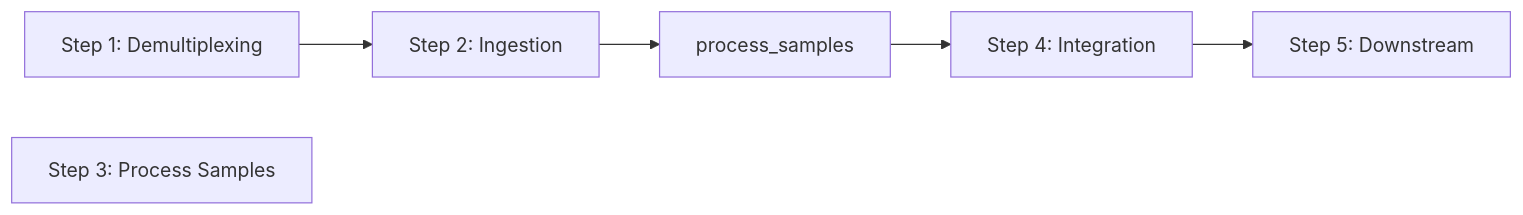
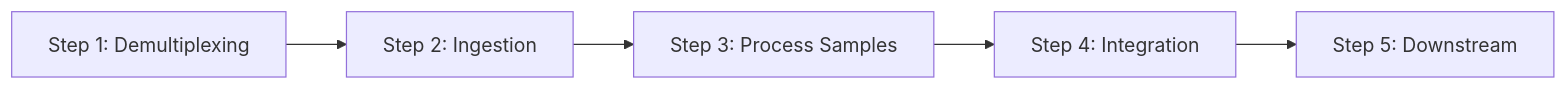
The diagram in README.qmd (openpipelines-bio/openpipeline), drawn with Mermaid before and after one commit. The commit also changed other lines of this file and 1 other file, not shown here.

Commit message:
README updates

````diff
--- a/README.qmd
+++ b/README.qmd
@@ -35,9 +36,9 @@
 ```mermaid lang='mermaid'
 flowchart LR
-  demultiplexing[Step 1: Demultiplexing]
-  ingestion[Step 2: Ingestion]
-  process_sampless[Step 3: Process Samples]
-  integration[Step 4: Integration]
-  downstream[Step 5: Downstream]
+  demultiplexing["Step 1: Demultiplexing"]
+  ingestion["Step 2: Ingestion"]
+  process_samples["Step 3: Process Samples"]
+  integration["Step 4: Integration"]
+  downstream["Step 5: Downstream"]
   demultiplexing --> ingestion --> process_samples --> integration --> downstream
 ```
````
